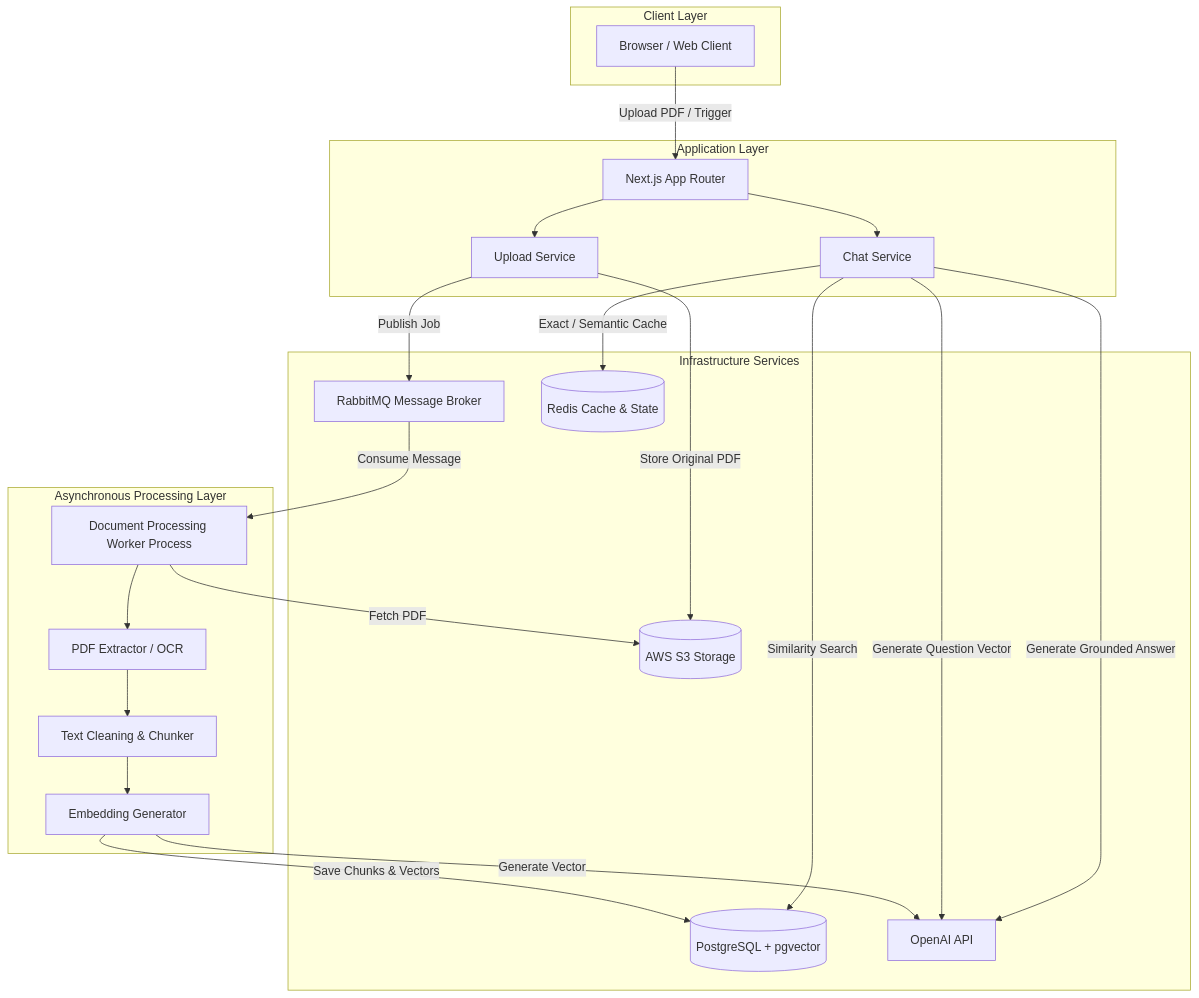
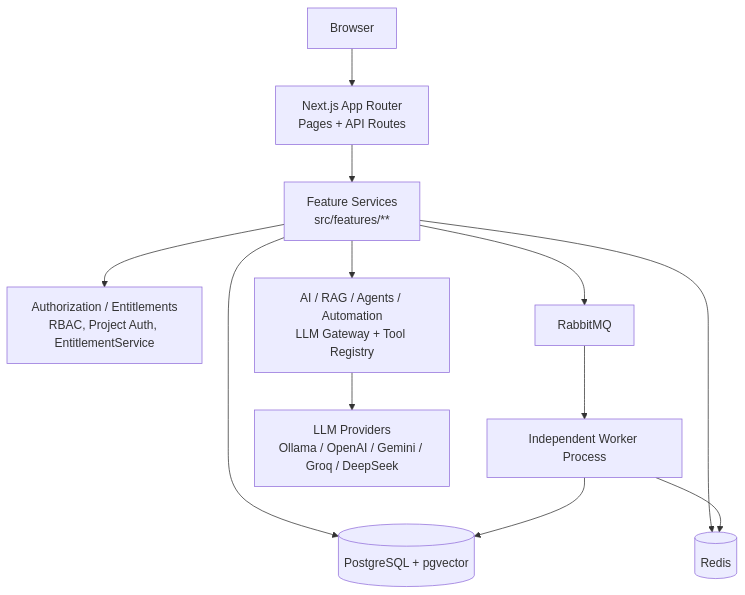
Before and after one commit to durgeshkumarprajapati/AI-Chat: the first of 8 diagrams in README.md, drawn with Mermaid. The commit also changed other lines of this file and 35 other files, not shown here.

````diff
--- a/README.md
+++ b/README.md
@@ -11,47 +74,14 @@
 ```mermaid
 flowchart TD
-    subgraph Client Layer
-        Browser[Browser / Web Client]
-    end
-
-    subgraph Application Layer
-        NextApp[Next.js App Router]
-        UploadSvc[Upload Service]
-        ChatSvc[Chat Service]
-    end
-
-    subgraph Infrastructure Services
-        S3[(AWS S3 Storage)]
-        RabbitMQ[RabbitMQ Message Broker]
-        Redis[(Redis Cache & State)]
-        Postgres[(PostgreSQL + pgvector)]
-        OpenAI[OpenAI API]
-    end
-
-    subgraph Asynchronous Processing Layer
-        Worker[Document Processing Worker Process]
-        PDFParser[PDF Extractor / OCR]
-        Chunker[Text Cleaning & Chunker]
-        Embedder[Embedding Generator]
-    end
-
-    Browser -->|Upload PDF / Trigger| NextApp
-    NextApp --> UploadSvc
-    NextApp --> ChatSvc
-
-    UploadSvc -->|Store Original PDF| S3
-    UploadSvc -->|Publish Job| RabbitMQ
-
-    RabbitMQ -->|Consume Message| Worker
-    Worker -->|Fetch PDF| S3
-    Worker --> PDFParser
-    PDFParser --> Chunker
-    Chunker --> Embedder
-    Embedder -->|Generate Vector| OpenAI
-    Embedder -->|Save Chunks & Vectors| Postgres
-
-    ChatSvc -->|Exact / Semantic Cache| Redis
-    ChatSvc -->|Generate Question Vector| OpenAI
-    ChatSvc -->|Similarity Search| Postgres
-    ChatSvc -->|Generate Grounded Answer| OpenAI
+    Browser[Browser] --> NextApp[Next.js App Router<br/>Pages + API Routes]
+    NextApp --> Services[Feature Services<br/>src/features/**]
+    Services --> AuthZ[Authorization / Entitlements<br/>RBAC, Project Auth, EntitlementService]
+    Services --> AI[AI / RAG / Agents / Automation<br/>LLM Gateway + Tool Registry]
+    Services --> Data[(PostgreSQL + pgvector)]
+    Services --> Cache[(Redis)]
+    Services --> MQ[RabbitMQ]
+    MQ --> Worker[Independent Worker Process]
+    Worker --> Data
+    Worker --> Cache
+    AI --> LLMProviders[LLM Providers<br/>Ollama / OpenAI / Gemini / Groq / DeepSeek]
 ```
````
